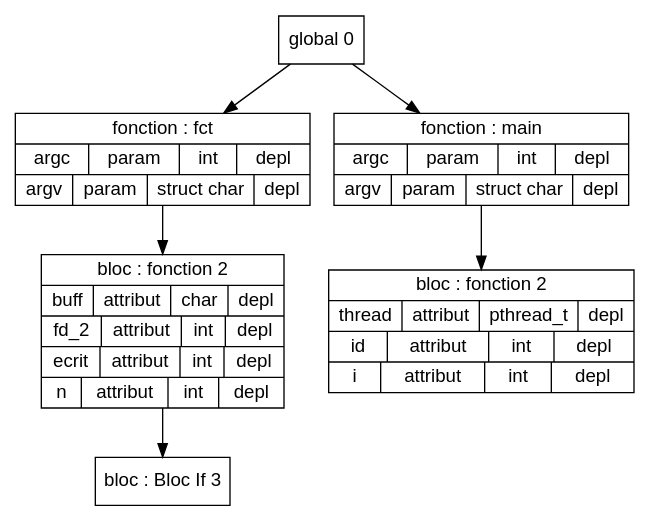
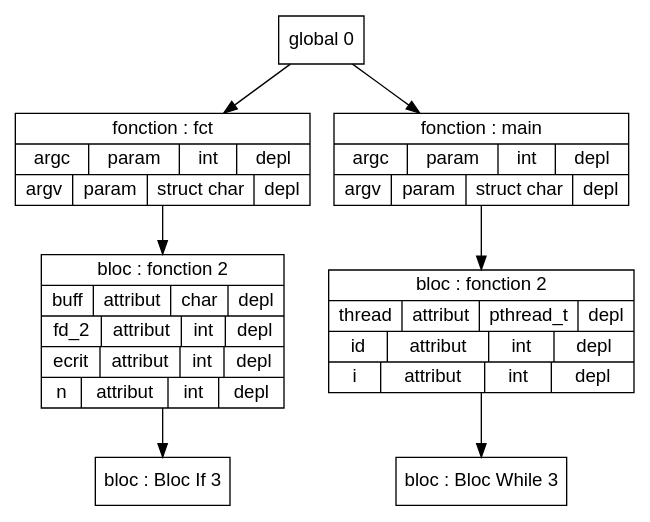
One commit to Hamza-ABDOULHOUSSEN/compil changed the diagram in Code/out/tds/dot/Test_Complet/test7.dot. Above: the diagram before and after it, drawn with Graphviz. The commit also changed 36 other files, not shown here.

```diff
--- a/Code/out/tds/dot/Test_Complet/test7.dot
+++ b/Code/out/tds/dot/Test_Complet/test7.dot
@@ -1,40 +1,44 @@
 digraph "tds"{
 
 	node [fontname="Arial"];
 
 	N3 [shape=record label="{ bloc : Bloc If  3
 	}"];
 
 	N2 [shape=record label="{ bloc : fonction  2
 	| { buff | attribut | char | depl }
 	| { fd_2 | attribut | int | depl }
 	| { ecrit | attribut | int | depl }
 	| { n | attribut | int | depl }
 	}"];
 
 	N1 [shape=record label="{ fonction : fct
 	| { argc | param | int | depl }
 	| { argv | param | struct char | depl }
+	}"];
+
+	N6 [shape=record label="{ bloc : Bloc While  3
 	}"];
 
 	N5 [shape=record label="{ bloc : fonction  2
 	| { thread | attribut | pthread_t | depl }
 	| { id | attribut | int | depl }
 	| { i | attribut | int | depl }
 	}"];
 
 	N4 [shape=record label="{ fonction : main
 	| { argc | param | int | depl }
 	| { argv | param | struct char | depl }
 	}"];
 
 	N0 [shape=record label="{ global 0
 	}"];
 
 
 	N0 -> N1; 
 	N1 -> N2; 
 	N2 -> N3; 
 	N0 -> N4; 
 	N4 -> N5; 
+	N5 -> N6; 
 }
```
